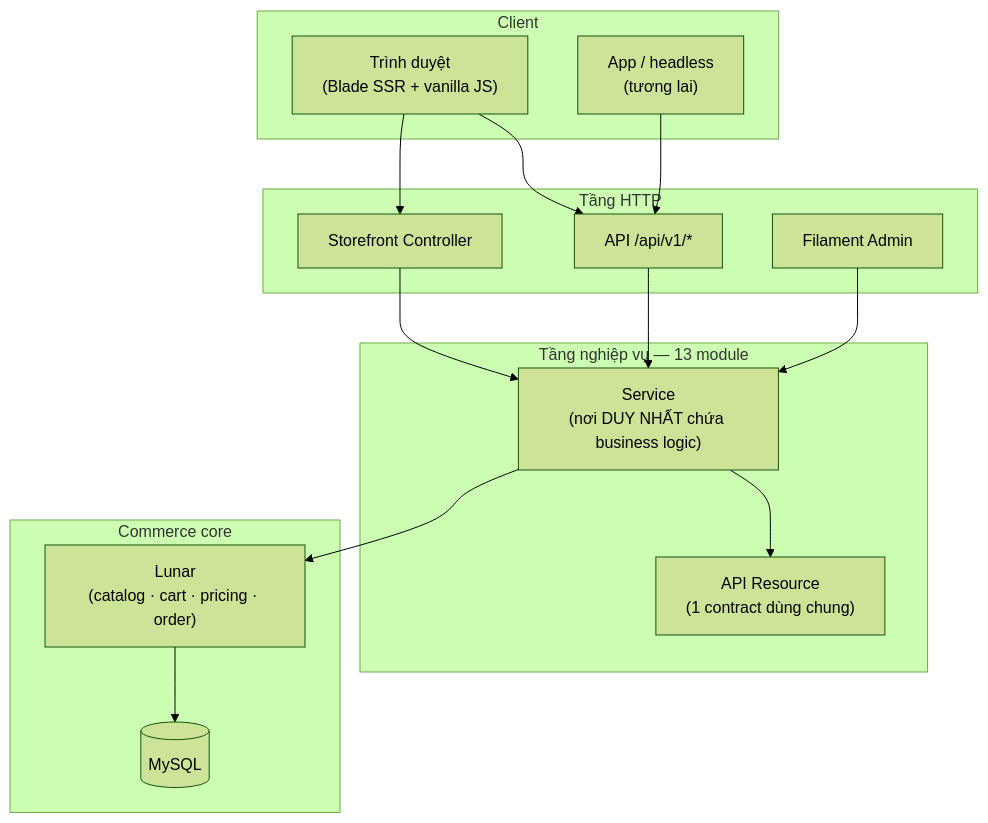
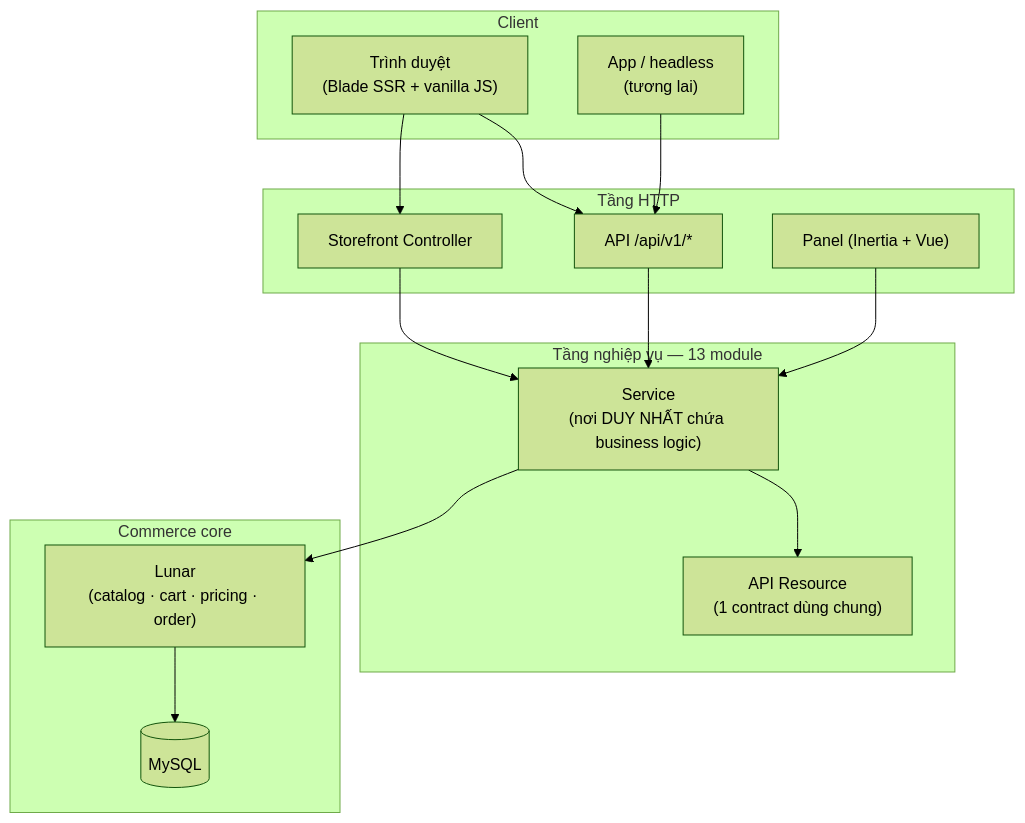
Before and after one commit to ptdat97/lunar-shop: the first of 3 diagrams in docs/README.md, drawn with Mermaid (forest theme). The commit also changed other lines of this file and 4 other files, not shown here.

````diff
--- a/docs/README.md
+++ b/docs/README.md
@@ -31,33 +32,33 @@
 ```mermaid
 flowchart TB
     subgraph clients["Client"]
         browser["Trình duyệt<br/>(Blade SSR + vanilla JS)"]
         api_client["App / headless<br/>(tương lai)"]
     end
 
     subgraph http["Tầng HTTP"]
         storefront["Storefront Controller"]
         apiv1["API /api/v1/*"]
-        admin["Filament Admin"]
+        admin["Panel (Inertia + Vue)"]
     end
 
     subgraph domain["Tầng nghiệp vụ — 13 module"]
         services["Service<br/>(nơi DUY NHẤT chứa business logic)"]
         resources["API Resource<br/>(1 contract dùng chung)"]
     end
 
     subgraph core["Commerce core"]
         lunar["Lunar<br/>(catalog · cart · pricing · order)"]
         db[("MySQL")]
     end
 
     browser --> storefront
     browser --> apiv1
     api_client --> apiv1
     storefront --> services
     apiv1 --> services
     admin --> services
     services --> resources
     services --> lunar
     lunar --> db
 ```
````
